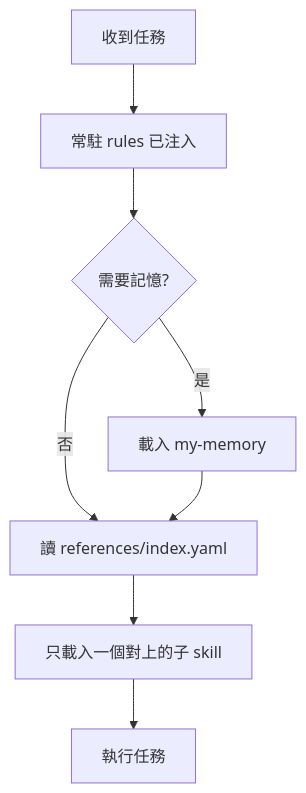
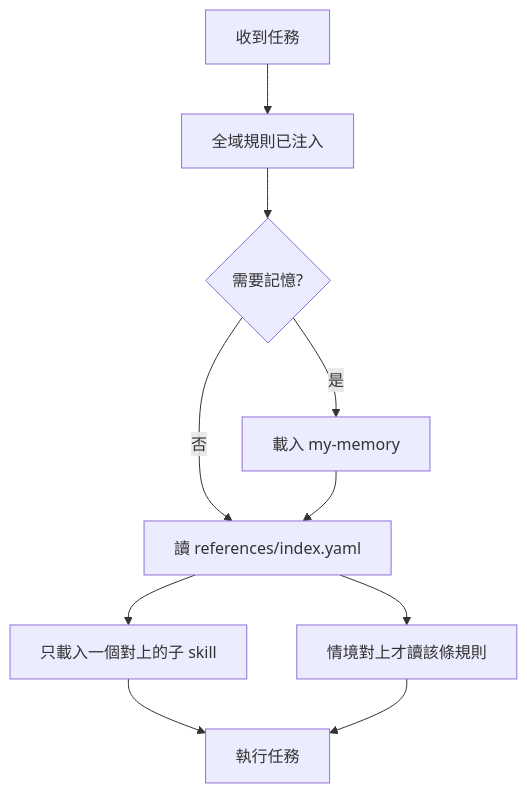
The diagram in my-plugins/my-workflow/skills/my-workflow/SKILL.md (VECTOR-COOL/my-agent-toolkit), drawn with Mermaid before and after one commit. The commit also changed other lines of this file and 17 other files, not shown here.

First line of the commit message:
refactor(plugin): split rules into global and on-demand files, add memory rule files

````diff
--- a/my-plugins/my-workflow/skills/my-workflow/SKILL.md
+++ b/my-plugins/my-workflow/skills/my-workflow/SKILL.md
@@ -10,10 +10,12 @@
 ```mermaid
 graph TD
-  Start[收到任務] --> Rules[常駐 rules 已注入]
+  Start[收到任務] --> Rules[全域規則已注入]
   Rules --> Mem{需要記憶?}
   Mem -->|是| Memory[載入 my-memory]
   Mem -->|否| Index[讀 references/index.yaml]
   Memory --> Index
   Index --> One[只載入一個對上的子 skill]
+  Index --> Rule[情境對上才讀該條規則]
   One --> Work[執行任務]
+  Rule --> Work
 ```
````
